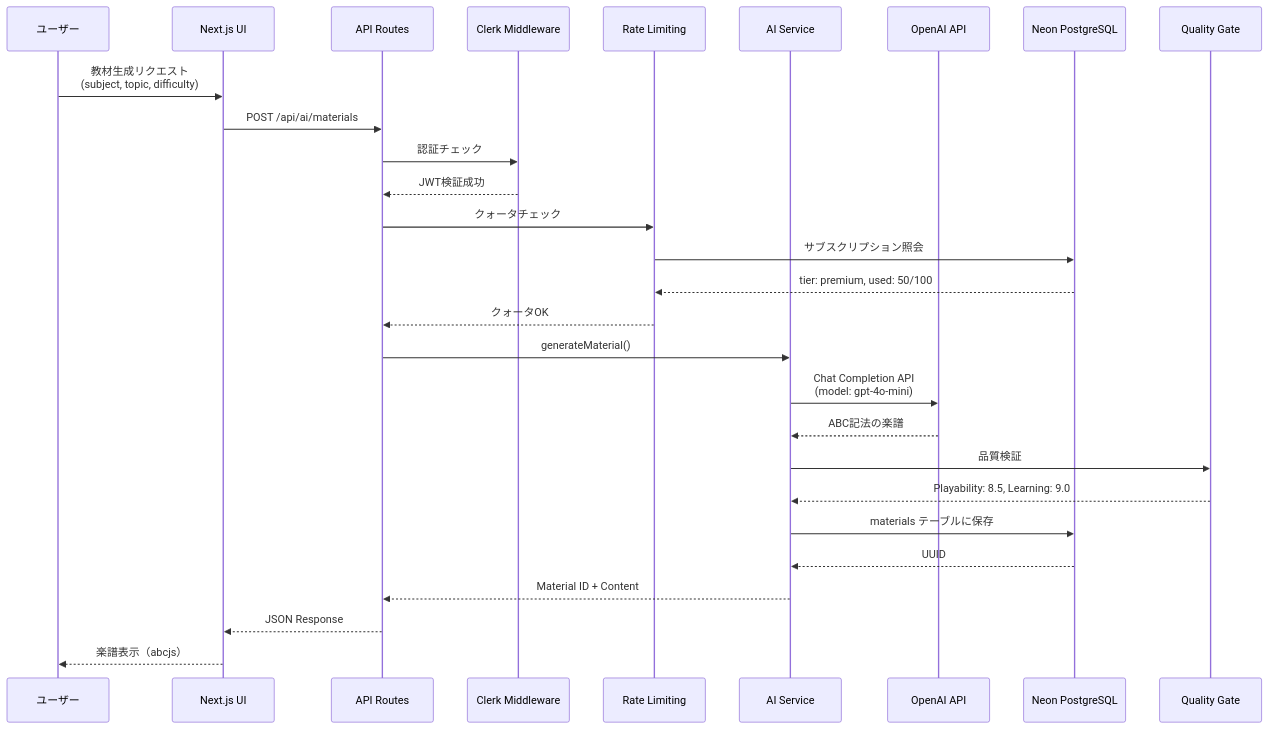
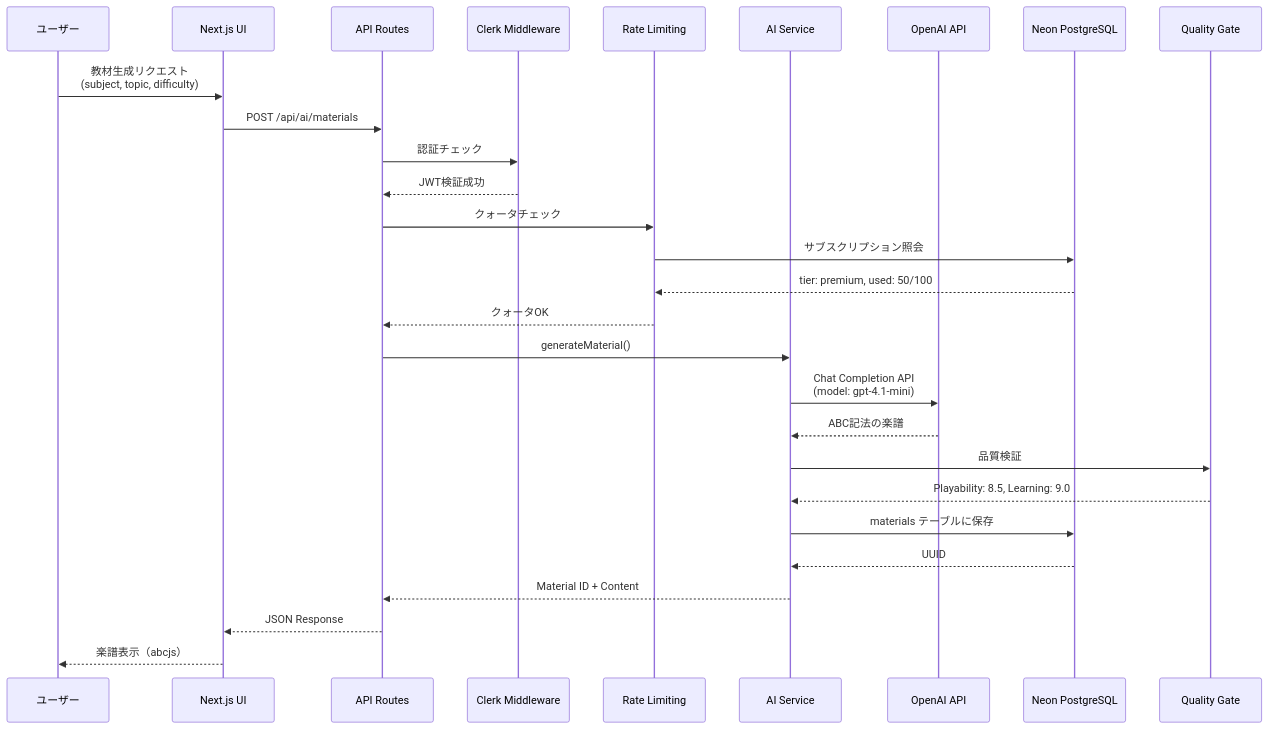
Before and after one commit to kimny1143/mued_v2: the second of 5 diagrams in docs/architecture/CURRENT_ARCHITECTURE_2025-01-11.md, drawn with Mermaid. The commit also changed 7 other files, not shown here.

First line of the commit message:
fix: correct OpenAI GPT-4.1 model names and pricing

````diff
--- a/docs/architecture/CURRENT_ARCHITECTURE_2025-01-11.md
+++ b/docs/architecture/CURRENT_ARCHITECTURE_2025-01-11.md
@@ -166,31 +166,31 @@
 ```mermaid
 sequenceDiagram
     participant User as ユーザー
     participant UI as Next.js UI
     participant API as API Routes
     participant Auth as Clerk Middleware
     participant Quota as Rate Limiting
     participant AI as AI Service
     participant OpenAI as OpenAI API
     participant DB as Neon PostgreSQL
     participant QG as Quality Gate
 
     User->>UI: 教材生成リクエスト<br/>(subject, topic, difficulty)
     UI->>API: POST /api/ai/materials
     API->>Auth: 認証チェック
     Auth-->>API: JWT検証成功
     API->>Quota: クォータチェック
     Quota->>DB: サブスクリプション照会
     DB-->>Quota: tier: premium, used: 50/100
     Quota-->>API: クォータOK
     API->>AI: generateMaterial()
-    AI->>OpenAI: Chat Completion API<br/>(model: gpt-4o-mini)
+    AI->>OpenAI: Chat Completion API<br/>(model: gpt-4.1-mini)
     OpenAI-->>AI: ABC記法の楽譜
     AI->>QG: 品質検証
     QG-->>AI: Playability: 8.5, Learning: 9.0
     AI->>DB: materials テーブルに保存
     DB-->>AI: UUID
     AI-->>API: Material ID + Content
     API-->>UI: JSON Response
     UI-->>User: 楽譜表示（abcjs）
 ```
````
